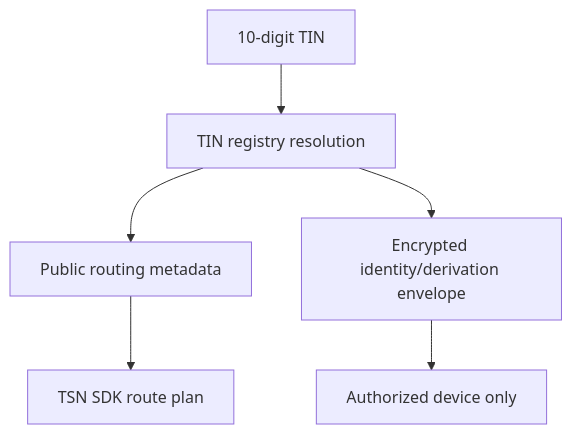
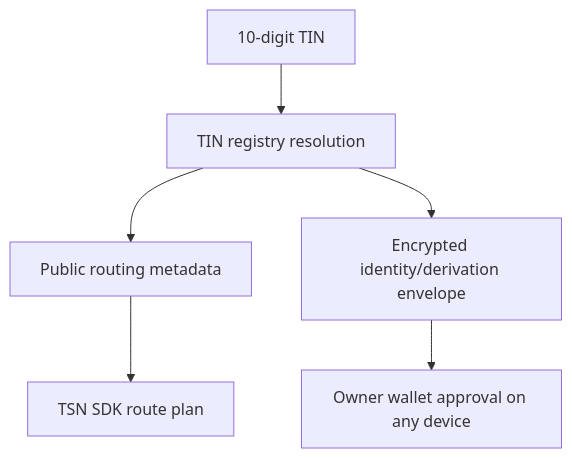
One commit to bigdreamsweb3/trustlink-pay changed the diagram in docs/identity-and-tin.md. Above: the diagram before and after it, drawn with Mermaid. The commit also changed other lines of this file and 31 other files, not shown here.

````diff
--- a/docs/identity-and-tin.md
+++ b/docs/identity-and-tin.md
@@ -9,8 +9,8 @@
 ```mermaid
 flowchart TD
     A[10-digit TIN] --> B[TIN registry resolution]
     B --> C[Public routing metadata]
     B --> D[Encrypted identity/derivation envelope]
     C --> E[TSN SDK route plan]
-    D --> F[Authorized device only]
+    D --> F[Owner wallet approval on any device]
 ```
````
